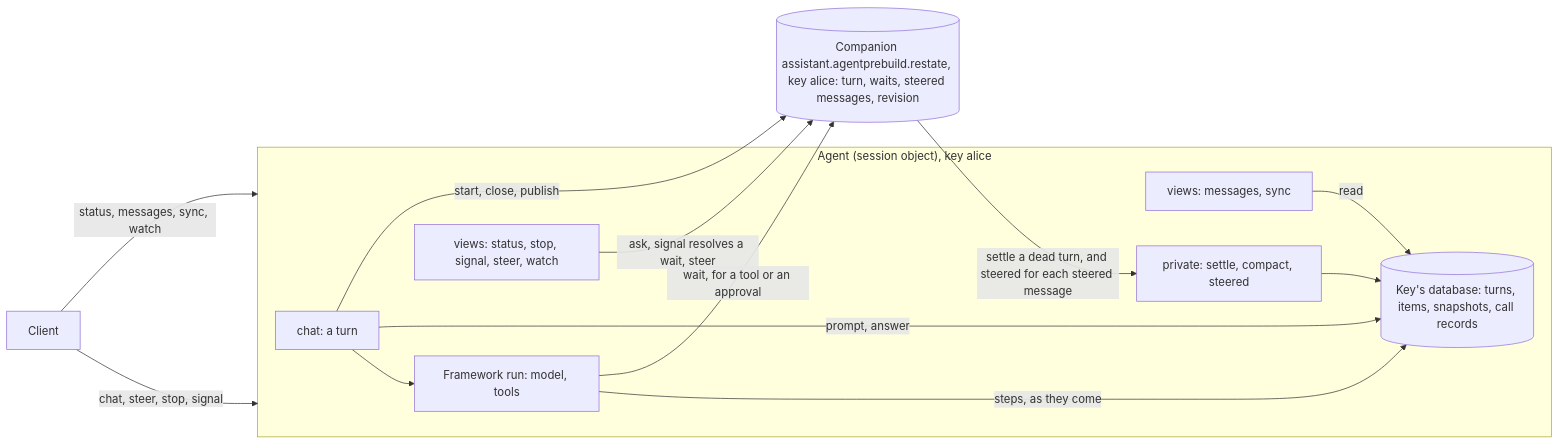
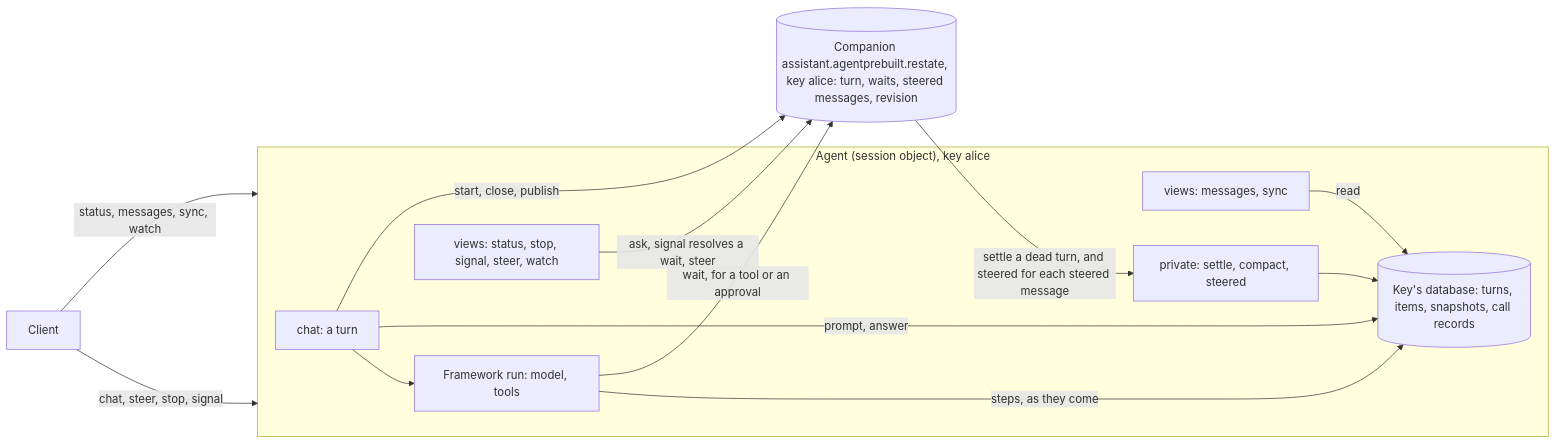
The diagram in docs/agents/README.md (restatedev/sdk-python), drawn with Mermaid before and after one commit. The commit also changed other lines of this file and 19 other files, not shown here.

First line of the commit message:
Agents: the companion is `<agent>.agentprebuilt.restate`

````diff
--- a/docs/agents/README.md
+++ b/docs/agents/README.md
@@ -47,18 +47,18 @@
 ```mermaid
 flowchart LR
   C[Client] -- "chat, steer, stop, signal" --> A
   C -- "status, messages, sync, watch" --> A
   subgraph A["Agent (session object), key alice"]
     H["chat: a turn"] --> F["Framework run: model, tools"]
     F -- "steps, as they come" --> T
     H -- "prompt, answer" --> T
     T[("Key's database: turns, items, snapshots, call records")]
     V["views: messages, sync"] -- read --> T
     X["private: settle, compact, steered"] --> T
     W["views: status, stop, signal, steer, watch"]
   end
-  H -- "start, close, publish" --> S[("Companion assistant.agentprebuild.restate, key alice: turn, waits, steered messages, revision")]
+  H -- "start, close, publish" --> S[("Companion assistant.agentprebuilt.restate, key alice: turn, waits, steered messages, revision")]
   F -- "wait, for a tool or an approval" --> S
   W -- "ask, signal resolves a wait, steer" --> S
   S -- "settle a dead turn, and steered for each steered message" --> X
 ```
````
